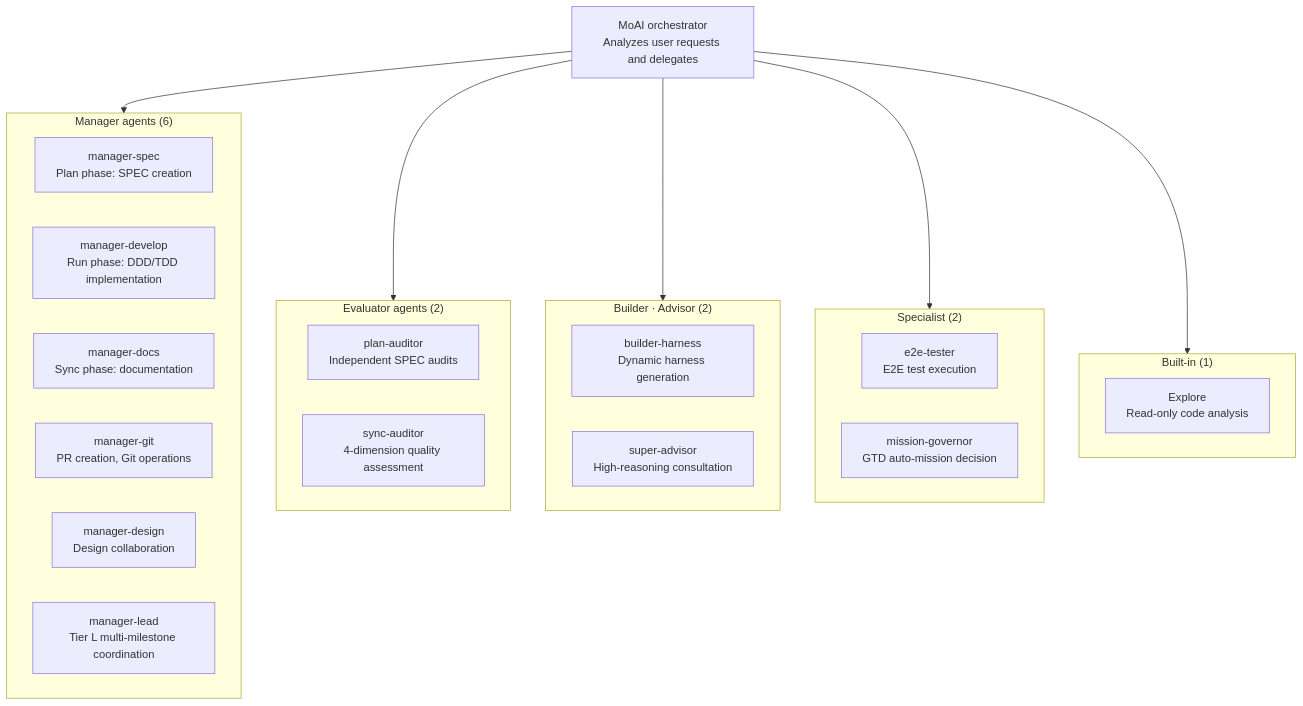
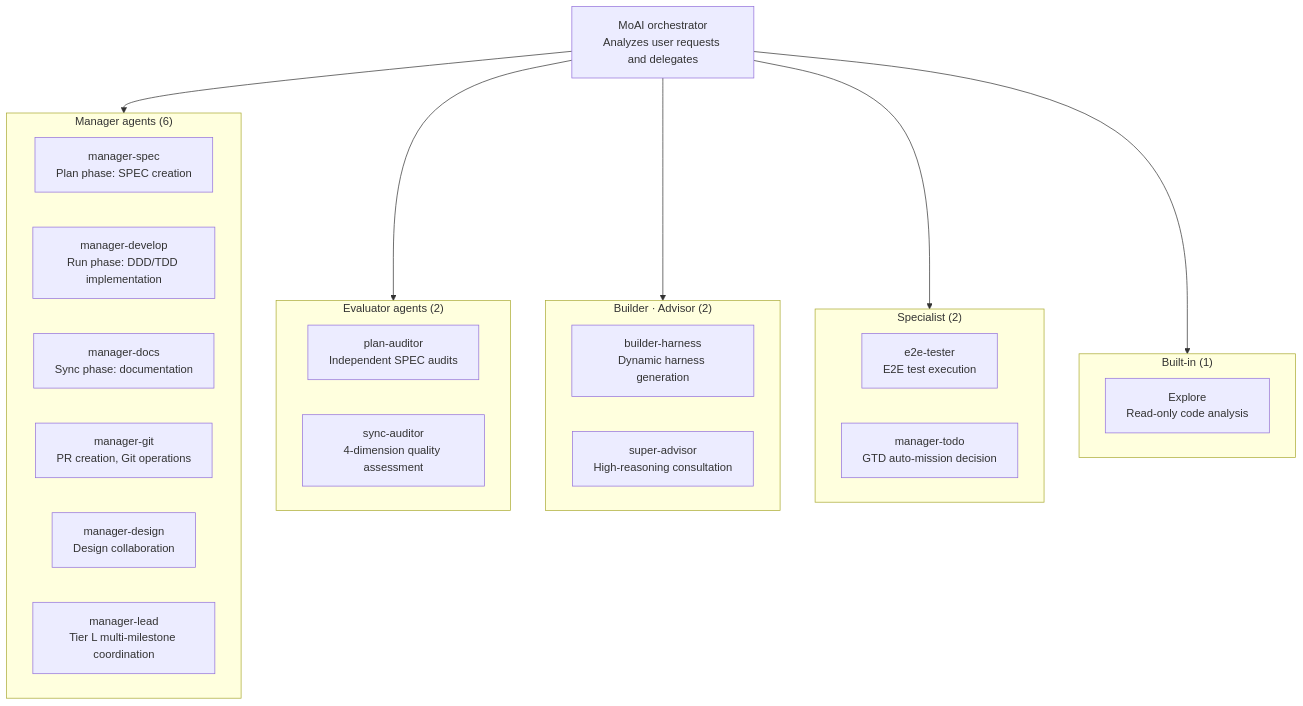
The second of 4 diagrams in docs-site/content/en/core-concepts/what-is-moai-adk.md (modu-ai/moai-adk), drawn with Mermaid before and after one commit. The commit also changed other lines of this file and 33 other files, not shown here.

First line of the commit message:
docs(SPEC-MANAGER-TODO-001): M5 docs-site manager-todo refresh + run-phase evidence (card t1306)

````diff
--- a/docs-site/content/en/core-concepts/what-is-moai-adk.md
+++ b/docs-site/content/en/core-concepts/what-is-moai-adk.md
@@ -265,38 +265,38 @@
 ```mermaid
 flowchart TD
     MoAI["MoAI orchestrator\nAnalyzes user requests and delegates"]
 
     subgraph Managers["Manager agents (6)"]
         M1["manager-spec\nPlan phase: SPEC creation"]
         M2["manager-develop\nRun phase: DDD/TDD implementation"]
         M3["manager-docs\nSync phase: documentation"]
         M4["manager-git\nPR creation, Git operations"]
         M5["manager-design\nDesign collaboration"]
         M6["manager-lead\nTier L multi-milestone coordination"]
     end
 
     subgraph Evaluators["Evaluator agents (2)"]
         E1["plan-auditor\nIndependent SPEC audits"]
         E2["sync-auditor\n4-dimension quality assessment"]
     end
 
     subgraph BuilderAdvisor["Builder · Advisor (2)"]
         B1["builder-harness\nDynamic harness generation"]
         B2["super-advisor\nHigh-reasoning consultation"]
     end
 
     subgraph Specialist["Specialist (2)"]
         S1["e2e-tester\nE2E test execution"]
-        S2["mission-governor\nGTD auto-mission decision"]
+        S2["manager-todo\nGTD auto-mission decision"]
     end
 
     subgraph Explore["Built-in (1)"]
         X1["Explore\nRead-only code analysis"]
     end
 
     MoAI --> Managers
     MoAI --> Evaluators
     MoAI --> BuilderAdvisor
     MoAI --> Specialist
     MoAI --> Explore
 ```
````
